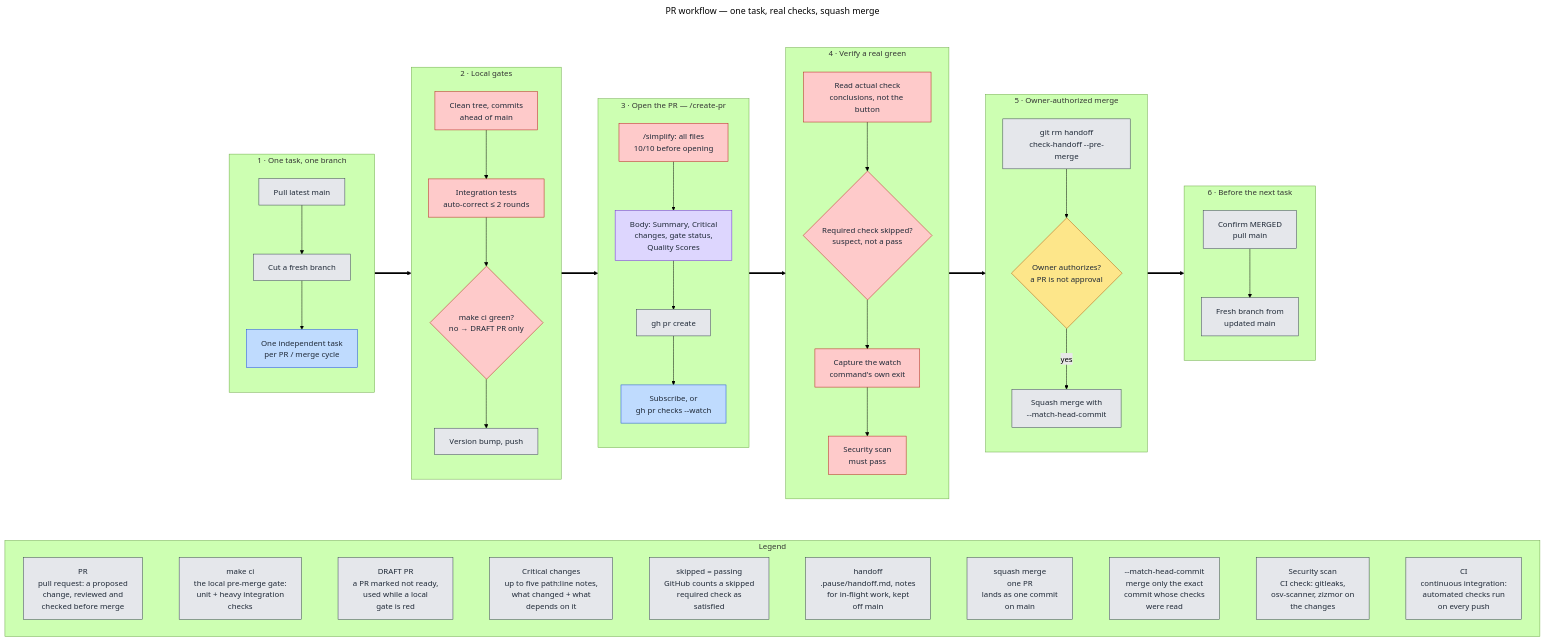
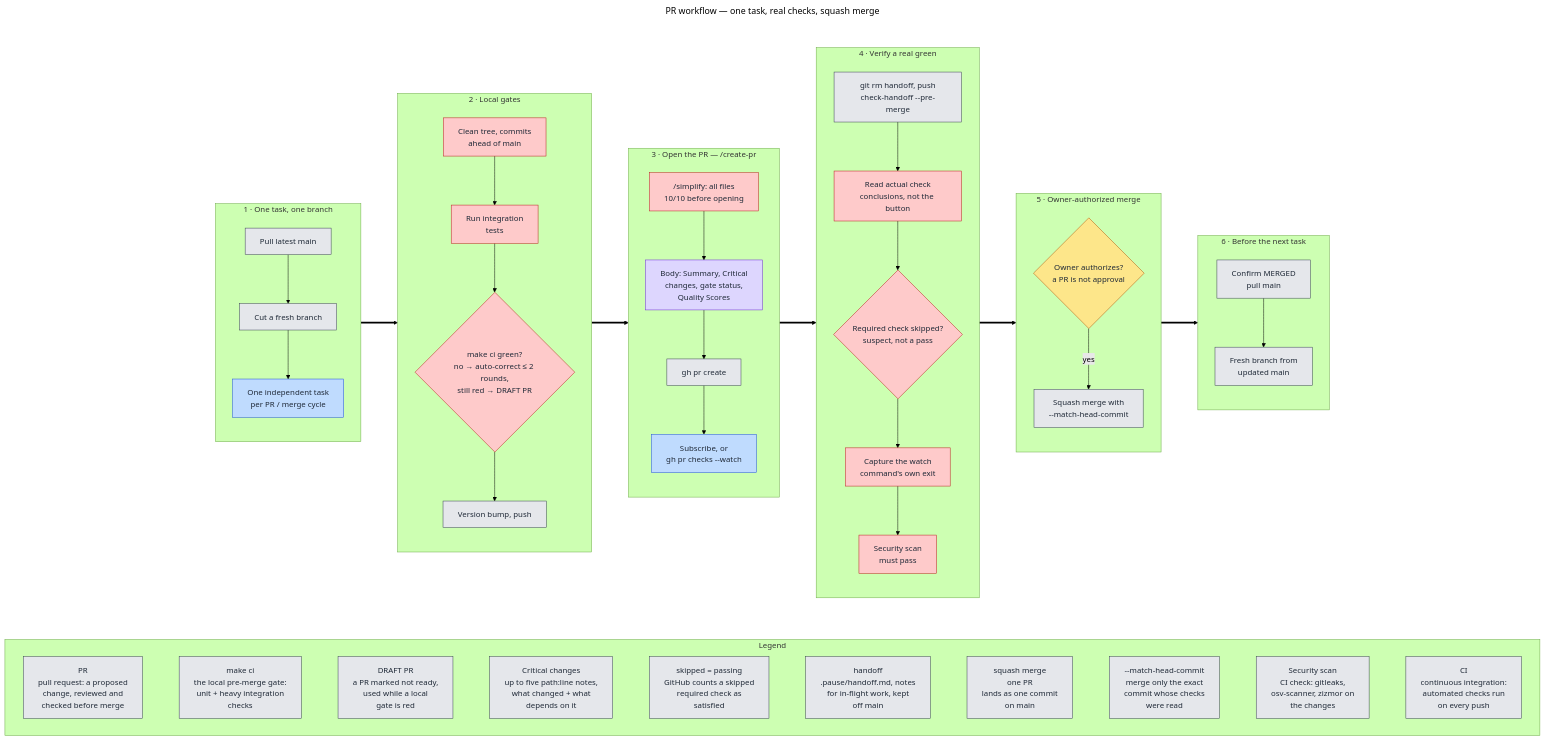
The diagram in docs/diagrams/src/pr-workflow.mmd (victusfate/scaffold), drawn with Mermaid (forest theme) before and after one commit. The commit also changed 21 other files, not shown here.

First line of the commit message:
docs(diagrams): accuracy fixes from a per-diagram source review

```diff
--- a/docs/diagrams/src/pr-workflow.mmd
+++ b/docs/diagrams/src/pr-workflow.mmd
@@ -1,87 +1,87 @@
 ---
 title: PR workflow — one task, real checks, squash merge
 ---
 flowchart TB
   classDef owner fill:#fde68a,stroke:#b45309,color:#1f2937
   classDef orch fill:#bfdbfe,stroke:#1d4ed8,color:#1f2937
   classDef state fill:#ddd6fe,stroke:#6d28d9,color:#1f2937
   classDef lane fill:#bbf7d0,stroke:#15803d,color:#1f2937
   classDef git fill:#e5e7eb,stroke:#374151,color:#1f2937
   classDef gate fill:#fecaca,stroke:#b91c1c,color:#1f2937
 
   %% Edges run between stage subgraphs (not inner nodes) so each stage keeps
   %% its own top-to-bottom direction and the whole image stays landscape.
 
   subgraph FLOW[" "]
   direction LR
 
   subgraph BRANCH["1 · One task, one branch"]
     direction TB
     B1["Pull latest main"]:::git
     B2["Cut a fresh branch"]:::git
     B3["One independent task<br/>per PR / merge cycle"]:::orch
     B1 --> B2 --> B3
   end
 
   subgraph LOCAL["2 · Local gates"]
     direction TB
     G1["Clean tree, commits<br/>ahead of main"]:::gate
-    G2["Integration tests<br/>auto-correct ≤ 2 rounds"]:::gate
-    G3{"make ci green?<br/>no → DRAFT PR only"}:::gate
+    G2["Run integration<br/>tests"]:::gate
+    G3{"make ci green?<br/>no → auto-correct ≤ 2 rounds,<br/>still red → DRAFT PR"}:::gate
     G4["Version bump, push"]:::git
     G1 --> G2 --> G3 --> G4
   end
 
   subgraph OPEN["3 · Open the PR — /create-pr"]
     direction TB
     O1["/simplify: all files<br/>10/10 before opening"]:::gate
     O2["Body: Summary, Critical<br/>changes, gate status,<br/>Quality Scores"]:::state
     O3["gh pr create"]:::git
     O4["Subscribe, or<br/>gh pr checks --watch"]:::orch
     O1 --> O2 --> O3 --> O4
   end
 
   subgraph CHECKS["4 · Verify a real green"]
     direction TB
+    M1["git rm handoff, push<br/>check-handoff --pre-merge"]:::git
     C1["Read actual check<br/>conclusions, not the button"]:::gate
     C2{"Required check skipped?<br/>suspect, not a pass"}:::gate
     C3["Capture the watch<br/>command's own exit"]:::gate
     C4["Security scan<br/>must pass"]:::gate
-    C1 --> C2 --> C3 --> C4
+    M1 --> C1 --> C2 --> C3 --> C4
   end
 
   subgraph MERGE["5 · Owner-authorized merge"]
     direction TB
-    M1["git rm handoff<br/>check-handoff --pre-merge"]:::git
     M2{"Owner authorizes?<br/>a PR is not approval"}:::owner
     M3["Squash merge with<br/>--match-head-commit"]:::git
-    M1 --> M2 -->|yes| M3
+    M2 -->|yes| M3
   end
 
   subgraph NEXT["6 · Before the next task"]
     direction TB
     N1["Confirm MERGED<br/>pull main"]:::git
     N2["Fresh branch from<br/>updated main"]:::git
     N1 --> N2
   end
 
   BRANCH ==> LOCAL ==> OPEN ==> CHECKS ==> MERGE ==> NEXT
   end
   style FLOW fill:none,stroke:none
 
   subgraph LEGEND["Legend"]
     direction LR
     L1["PR<br/>pull request: a proposed<br/>change, reviewed and<br/>checked before merge"]:::git
     L2["make ci<br/>the local pre-merge gate:<br/>unit + heavy integration<br/>checks"]:::git
     L3["DRAFT PR<br/>a PR marked not ready,<br/>used while a local<br/>gate is red"]:::git
     L4["Critical changes<br/>up to five path:line notes,<br/>what changed + what<br/>depends on it"]:::git
     L5["skipped = passing<br/>GitHub counts a skipped<br/>required check as<br/>satisfied"]:::git
     L6["handoff<br/>.pause/handoff.md, notes<br/>for in-flight work, kept<br/>off main"]:::git
     L7["squash merge<br/>one PR<br/>lands as one commit<br/>on main"]:::git
     L8["--match-head-commit<br/>merge only the exact<br/>commit whose checks<br/>were read"]:::git
     L9["Security scan<br/>CI check: gitleaks,<br/>osv-scanner, zizmor on<br/>the changes"]:::git
     L10["CI<br/>continuous integration:<br/>automated checks run<br/>on every push"]:::git
     L1 ~~~ L2 ~~~ L3 ~~~ L4 ~~~ L5 ~~~ L6 ~~~ L7 ~~~ L8 ~~~ L9 ~~~ L10
   end
 
   FLOW ~~~ LEGEND
```
